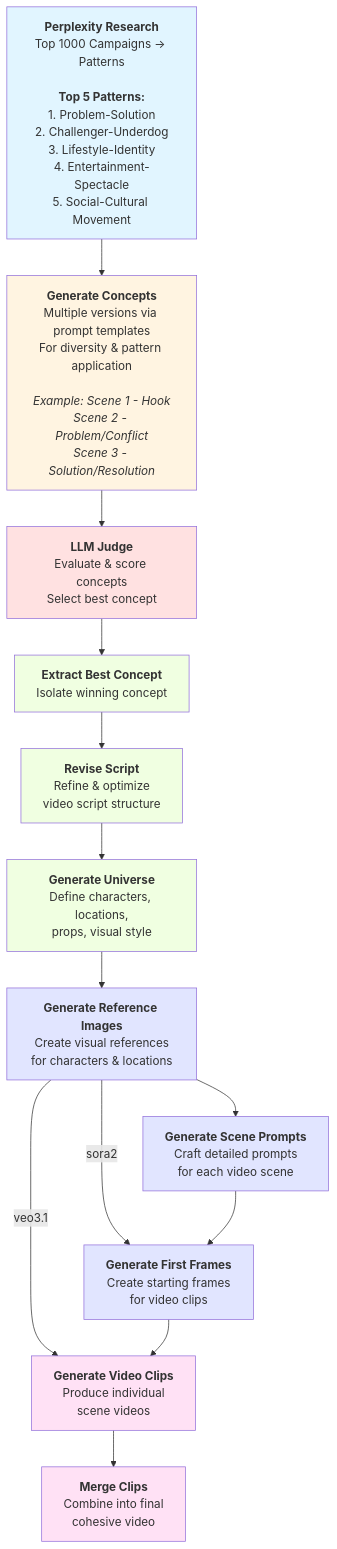
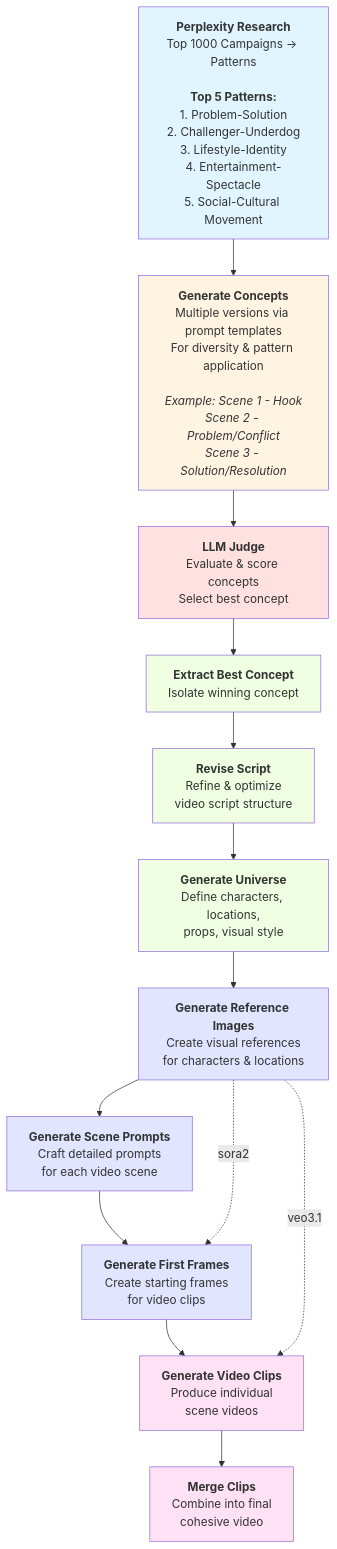
One commit to karinje/video-pipeline-python changed the diagram in PIPELINE_ARCHITECTURE.md. Above: the diagram before and after it, drawn with Mermaid.

Commit message:
Reorganize diagram to keep boxes vertical with side arrows

````diff
--- a/PIPELINE_ARCHITECTURE.md
+++ b/PIPELINE_ARCHITECTURE.md
@@ -7,40 +7,41 @@
 ```mermaid
 flowchart TD
     A["<b>Perplexity Research</b><br/>Top 1000 Campaigns → Patterns<br/><br/><b>Top 5 Patterns:</b><br/>1. Problem-Solution<br/>2. Challenger-Underdog<br/>3. Lifestyle-Identity<br/>4. Entertainment-Spectacle<br/>5. Social-Cultural Movement"] --> B
     
     B["<b>Generate Concepts</b><br/>Multiple versions via prompt templates<br/>For diversity & pattern application<br/><br/><i>Example: Scene 1 - Hook</i><br/><i>Scene 2 - Problem/Conflict</i><br/><i>Scene 3 - Solution/Resolution</i>"] --> C
     
     C["<b>LLM Judge</b><br/>Evaluate & score concepts<br/>Select best concept"] --> D
     
     D["<b>Extract Best Concept</b><br/>Isolate winning concept"] --> E
     
     E["<b>Revise Script</b><br/>Refine & optimize<br/>video script structure"] --> F
     
     F["<b>Generate Universe</b><br/>Define characters, locations,<br/>props, visual style"] --> G
     
     G["<b>Generate Reference Images</b><br/>Create visual references<br/>for characters & locations"] --> H
-    G -->|sora2| I
-    G -->|veo3.1| J
     
     H["<b>Generate Scene Prompts</b><br/>Craft detailed prompts<br/>for each video scene"] --> I
     
     I["<b>Generate First Frames</b><br/>Create starting frames<br/>for video clips"] --> J
     
     J["<b>Generate Video Clips</b><br/>Produce individual<br/>scene videos"] --> K
     
     K["<b>Merge Clips</b><br/>Combine into final<br/>cohesive video"]
+    
+    G -.->|sora2| I
+    G -.->|veo3.1| J
     
     click B "https://github.com/karinje/video-pipeline-python/blob/main/s1_generate_concepts/inputs/prompt_templates/advanced_structured.md" "View Advanced Prompt Template"
     
     style A fill:#e1f5ff
     style B fill:#fff4e1
     style C fill:#ffe1e1
     style D fill:#f0ffe1
     style E fill:#f0ffe1
     style F fill:#f0ffe1
     style G fill:#e1e5ff
     style H fill:#e1e5ff
     style I fill:#e1e5ff
     style J fill:#ffe1f5
     style K fill:#ffe1f5
 ```
````
